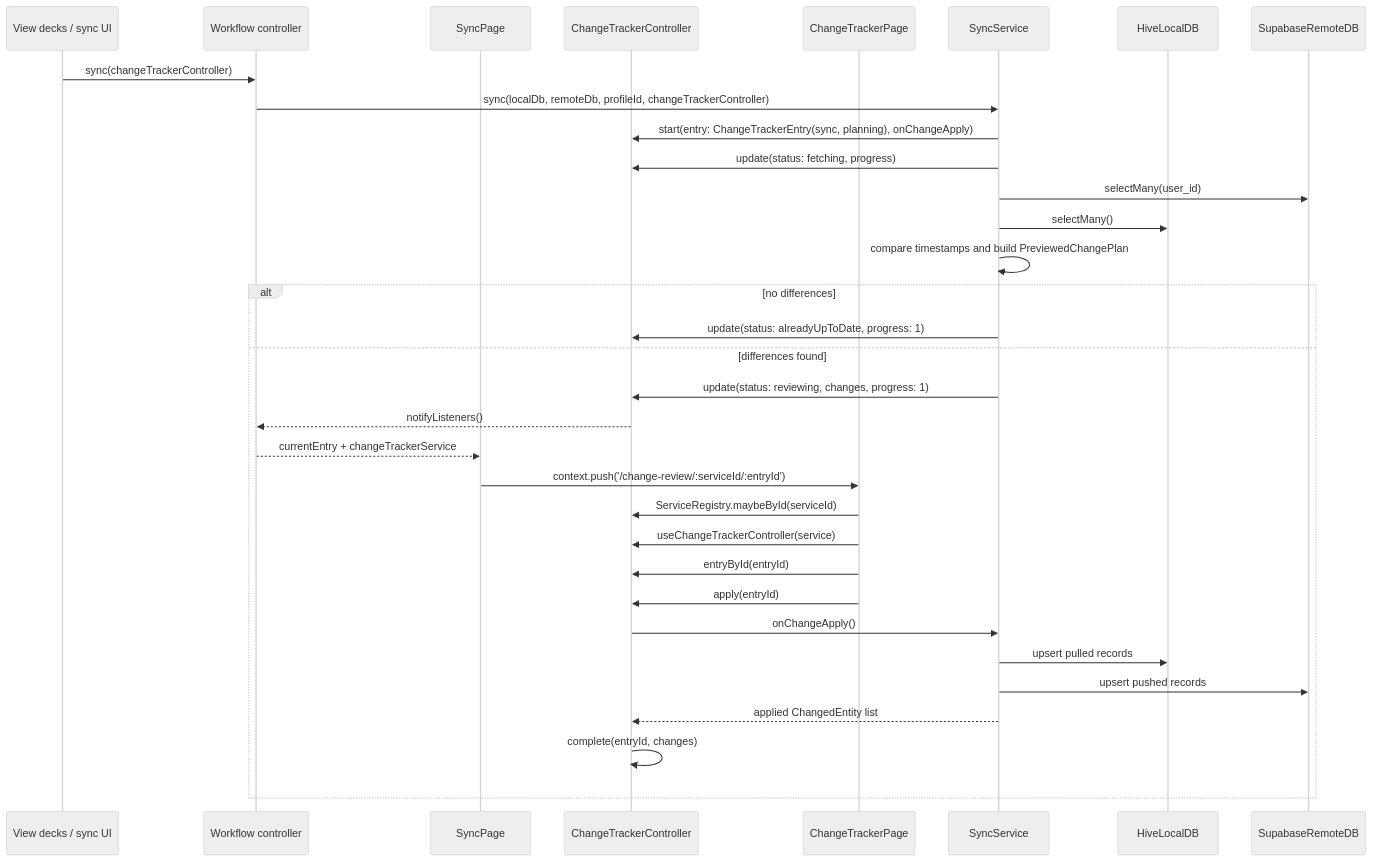
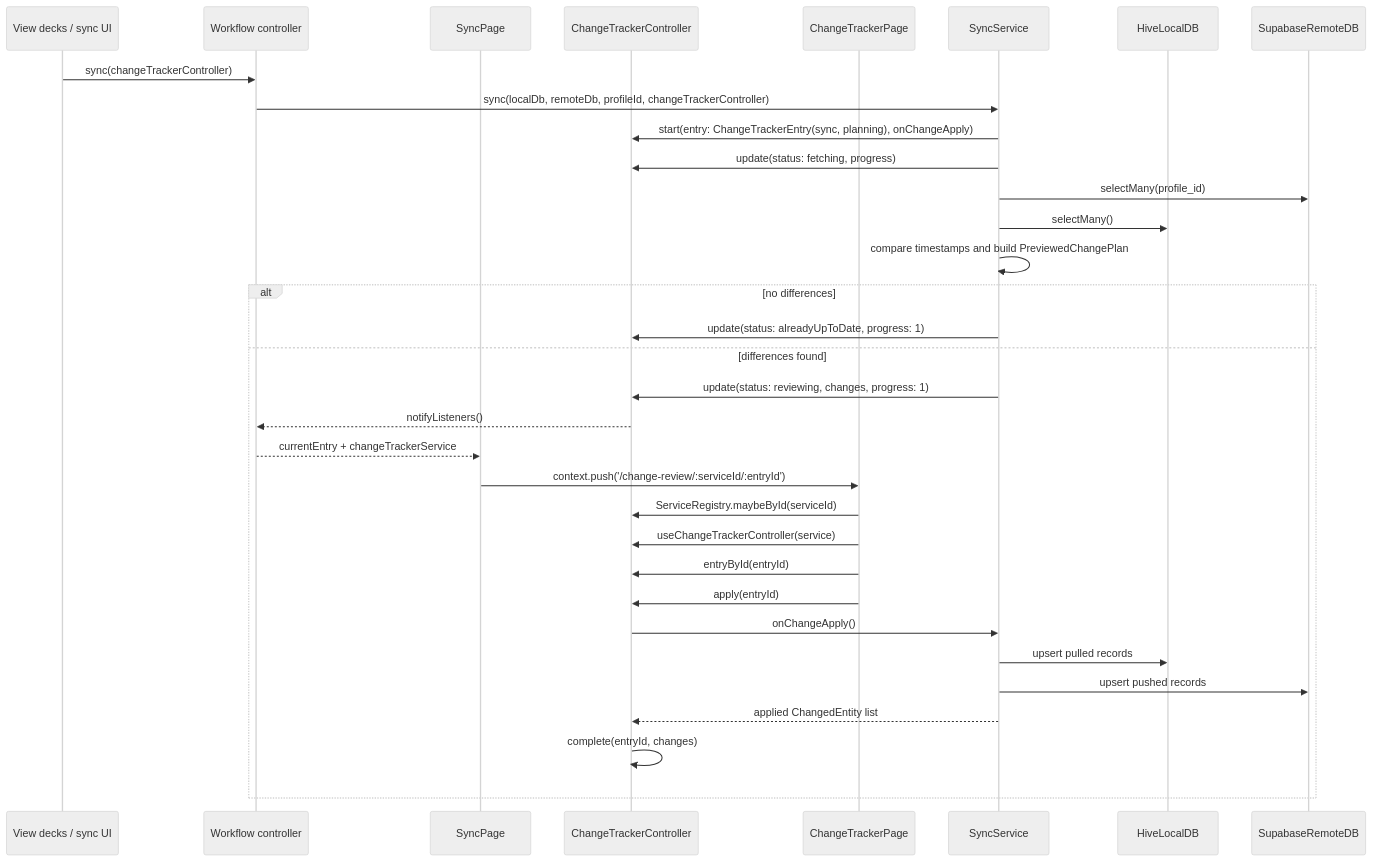
The third of 5 diagrams in lib/features/change_tracker/documentation/change_tracker.md (GuyWithBag/boo_mondai), drawn with Mermaid (neutral theme) before and after one commit. The commit also changed 10 other files, not shown here.

Commit message:
docs(project): refresh architecture and sync notes

````diff
--- a/lib/features/change_tracker/documentation/change_tracker.md
+++ b/lib/features/change_tracker/documentation/change_tracker.md
@@ -129,37 +129,37 @@
 ```mermaid
 sequenceDiagram
     participant UI as View decks / sync UI
     participant SyncController as Workflow controller
     participant SyncPage as SyncPage
     participant Controller as ChangeTrackerController
     participant ReviewPage as ChangeTrackerPage
     participant Service as SyncService
     participant Local as HiveLocalDB
     participant Remote as SupabaseRemoteDB
 
     UI->>SyncController: sync(changeTrackerController)
     SyncController->>Service: sync(localDb, remoteDb, profileId, changeTrackerController)
     Service->>Controller: start(entry: ChangeTrackerEntry(sync, planning), onChangeApply)
     Service->>Controller: update(status: fetching, progress)
-    Service->>Remote: selectMany(user_id)
+    Service->>Remote: selectMany(profile_id)
     Service->>Local: selectMany()
     Service->>Service: compare timestamps and build PreviewedChangePlan
 
     alt no differences
         Service->>Controller: update(status: alreadyUpToDate, progress: 1)
     else differences found
         Service->>Controller: update(status: reviewing, changes, progress: 1)
         Controller-->>SyncController: notifyListeners()
         SyncController-->>SyncPage: currentEntry + changeTrackerService
         SyncPage->>ReviewPage: context.push('/change-review/:serviceId/:entryId')
         ReviewPage->>Controller: ServiceRegistry.maybeById(serviceId)
         ReviewPage->>Controller: useChangeTrackerController(service)
         ReviewPage->>Controller: entryById(entryId)
         ReviewPage->>Controller: apply(entryId)
         Controller->>Service: onChangeApply()
         Service->>Local: upsert pulled records
         Service->>Remote: upsert pushed records
         Service-->>Controller: applied ChangedEntity list
         Controller->>Controller: complete(entryId, changes)
     end
 ```
````
